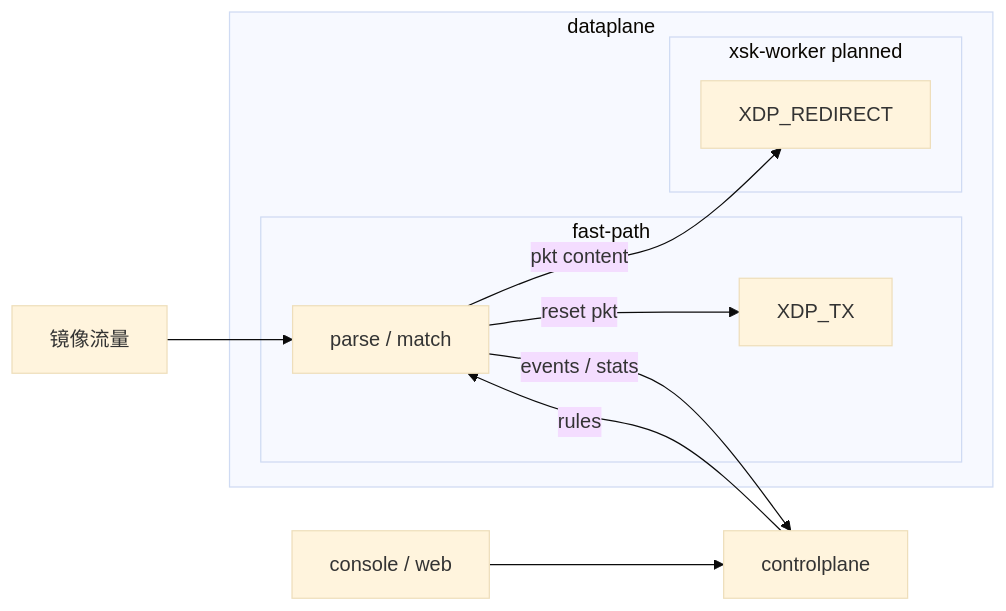
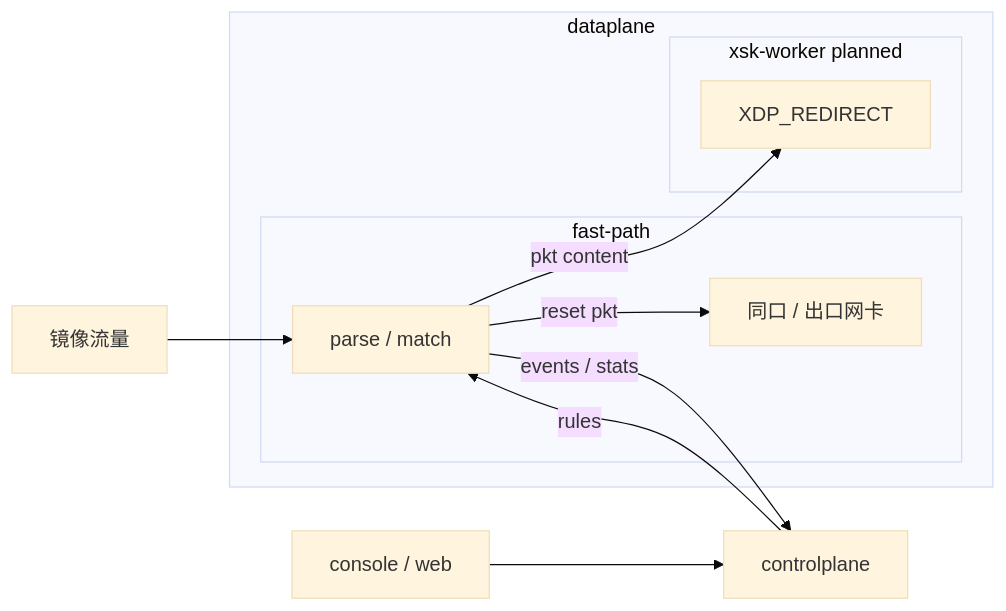
The diagram in README.zh-CN.md (zxhio/sidersp), drawn with Mermaid (base theme) before and after one commit. The commit also changed other lines of this file and 29 other files, not shown here.

````diff
--- a/README.zh-CN.md
+++ b/README.zh-CN.md
@@ -18,20 +18,20 @@
 ```mermaid
 flowchart LR
     subgraph dp["dataplane"]
         subgraph fast["fast-path"]
             match["parse / match"]
-            tx["XDP_TX"]
+            tx["同口 / 出口网卡"]
         end
 
         subgraph xsk["xsk-worker planned"]
             redirect["XDP_REDIRECT"]
         end
     end
 
     mirror["镜像流量"] --> match
     match -->|reset pkt| tx
     match -->|pkt content| redirect
     match -->|events / stats| cp["controlplane"]
     cp -->|rules| match
     console["console / web"] --> cp
 ```
````
